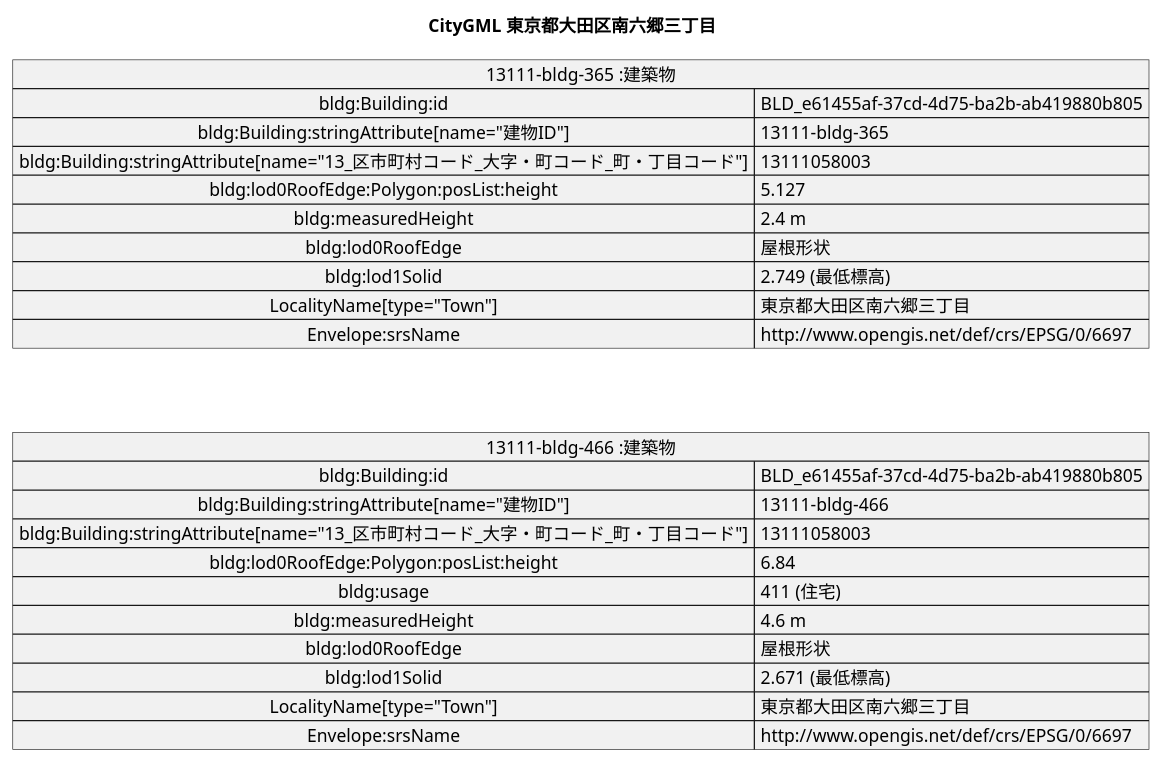
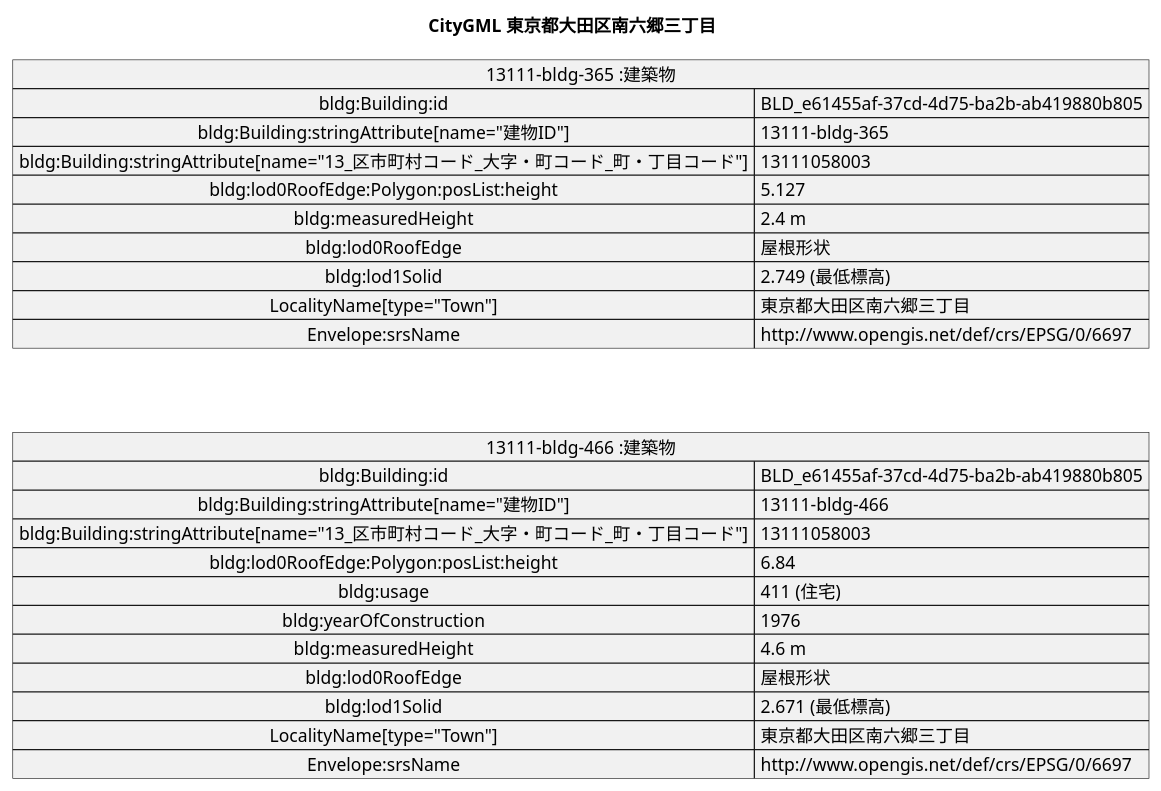
One commit to yuuhayashi/citygml-osm changed the diagram in doc/building/sample-a/sample-a-bldg-6697-gml.pu. Above: the diagram before and after it, drawn with PlantUML. The commit also changed 22 other files, not shown here.

Commit message:
fix #31 建築年 bldg:yearOfConstruction

```diff
--- a/doc/building/sample-a/sample-a-bldg-6697-gml.pu
+++ b/doc/building/sample-a/sample-a-bldg-6697-gml.pu
@@ -1,30 +1,31 @@
 @startuml
 title CityGML 東京都大田区南六郷三丁目
 
 map "13111-bldg-466 :建築物" as bldg466 {
  bldg:Building:id => BLD_e61455af-37cd-4d75-ba2b-ab419880b805
  bldg:Building:stringAttribute[name="建物ID"] => 13111-bldg-466
  bldg:Building:stringAttribute[name="13_区市町村コード_大字・町コード_町・丁目コード"] => 13111058003
  bldg:lod0RoofEdge:Polygon:posList:height => 6.84
  bldg:usage => 411 (住宅)
+ bldg:yearOfConstruction => 1976
  bldg:measuredHeight => 4.6 m
  bldg:lod0RoofEdge => 屋根形状
  bldg:lod1Solid => 2.671 (最低標高)
  LocalityName[type="Town"] => 東京都大田区南六郷三丁目
  Envelope:srsName => http://www.opengis.net/def/crs/EPSG/0/6697
 }
 
 map "13111-bldg-365 :建築物" as bldg365 {
  bldg:Building:id => BLD_e61455af-37cd-4d75-ba2b-ab419880b805
  bldg:Building:stringAttribute[name="建物ID"] => 13111-bldg-365
  bldg:Building:stringAttribute[name="13_区市町村コード_大字・町コード_町・丁目コード"] => 13111058003
  bldg:lod0RoofEdge:Polygon:posList:height => 5.127
  bldg:measuredHeight => 2.4 m
  bldg:lod0RoofEdge => 屋根形状
  bldg:lod1Solid => 2.749 (最低標高)
  LocalityName[type="Town"] => 東京都大田区南六郷三丁目
  Envelope:srsName => http://www.opengis.net/def/crs/EPSG/0/6697
 }
 
 bldg365 -[hidden]- bldg466
 @enduml
```
